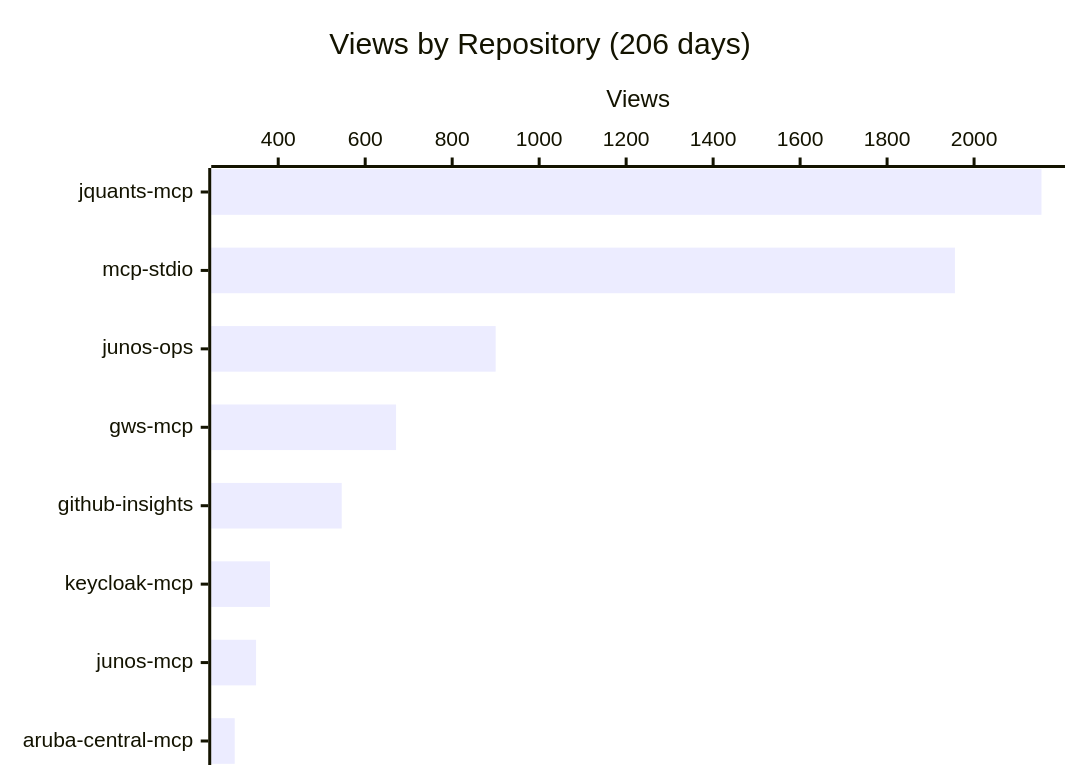
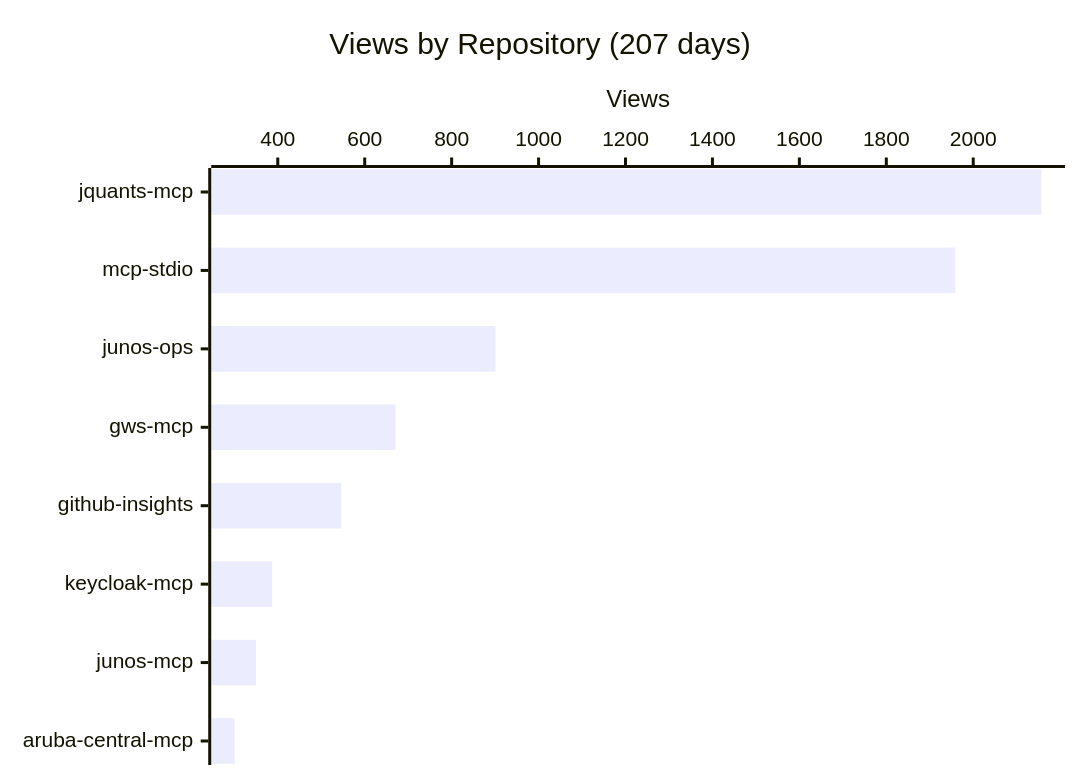
Before and after one commit to shigechika/github-insights: the first of 4 diagrams in README.md, drawn with Mermaid. The commit also changed other lines of this file and 2 other files, not shown here.

````diff
--- a/README.md
+++ b/README.md
@@ -18,7 +18,7 @@
 ```mermaid
 xychart-beta horizontal
-    title "Views by Repository (206 days)"
+    title "Views by Repository (207 days)"
     x-axis ["jquants-mcp", "mcp-stdio", "junos-ops", "gws-mcp", "github-insights", "keycloak-mcp", "junos-mcp", "aruba-central-mcp"]
     y-axis "Views"
-    bar [2155, 1956, 900, 671, 546, 381, 349, 300]
+    bar [2157, 1959, 901, 671, 546, 387, 350, 301]
 ```
````
